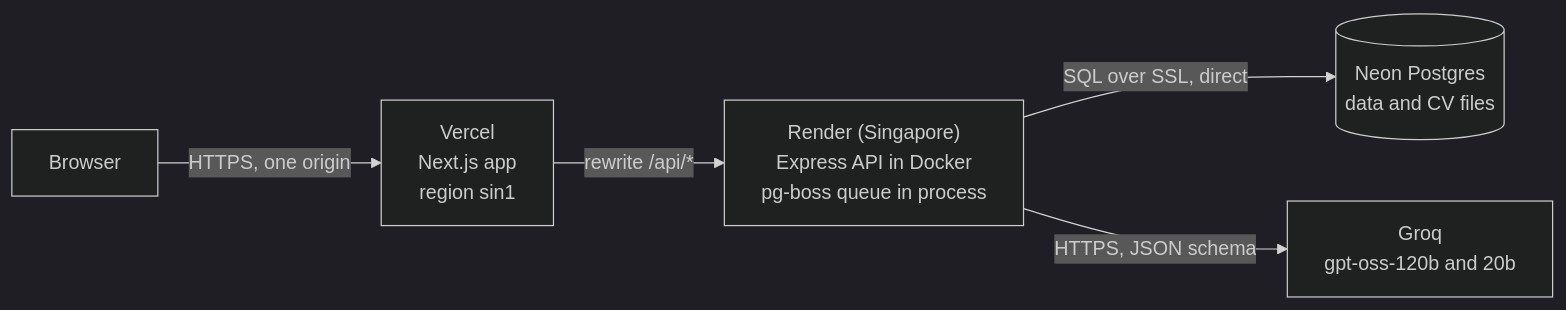
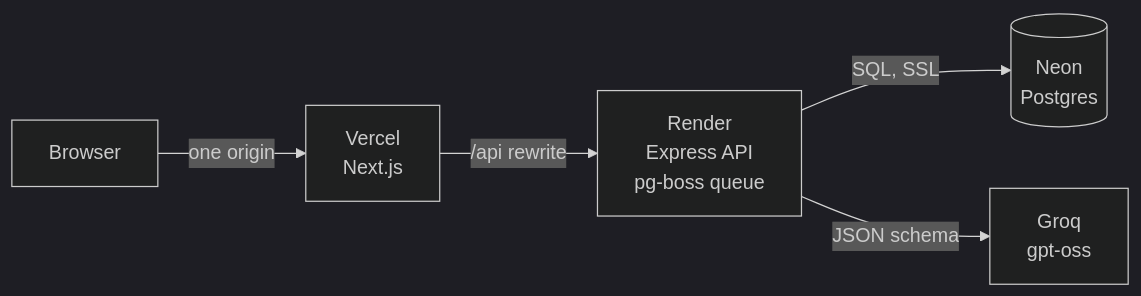
Before and after one commit to thisisfaizanali/hireproof: the first of 3 diagrams in docs/TDD.md, drawn with Mermaid (dark theme). The commit also changed other lines of this file and 7 other files, not shown here.

````diff
--- a/docs/TDD.md
+++ b/docs/TDD.md
@@ -62,7 +62,7 @@
 ```mermaid
 flowchart LR
-  B["Browser"] -->|"HTTPS, one origin"| V["Vercel<br/>Next.js app<br/>region sin1"]
-  V -->|"rewrite /api/*"| R["Render (Singapore)<br/>Express API in Docker<br/>pg-boss queue in process"]
-  R -->|"SQL over SSL, direct"| N[("Neon Postgres<br/>data and CV files")]
-  R -->|"HTTPS, JSON schema"| G["Groq<br/>gpt-oss-120b and 20b"]
+  B["Browser"] -->|"one origin"| V["Vercel<br/>Next.js"]
+  V -->|"/api rewrite"| R["Render<br/>Express API<br/>pg-boss queue"]
+  R -->|"SQL, SSL"| N[("Neon<br/>Postgres")]
+  R -->|"JSON schema"| G["Groq<br/>gpt-oss"]
 ```
````
